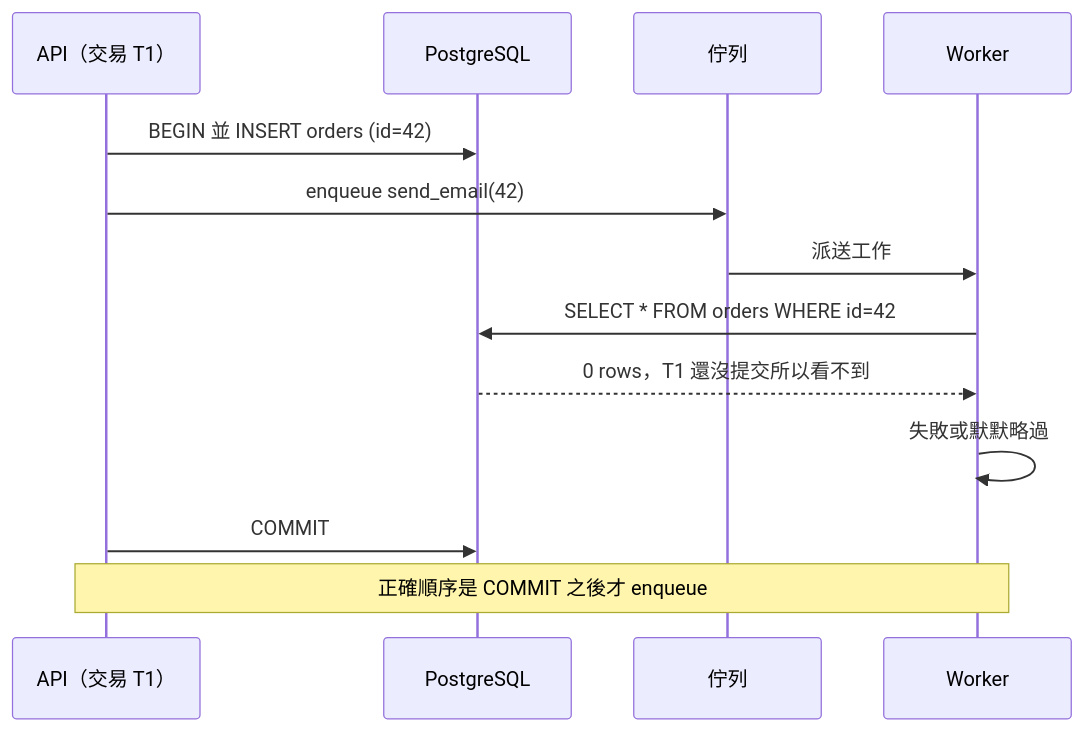
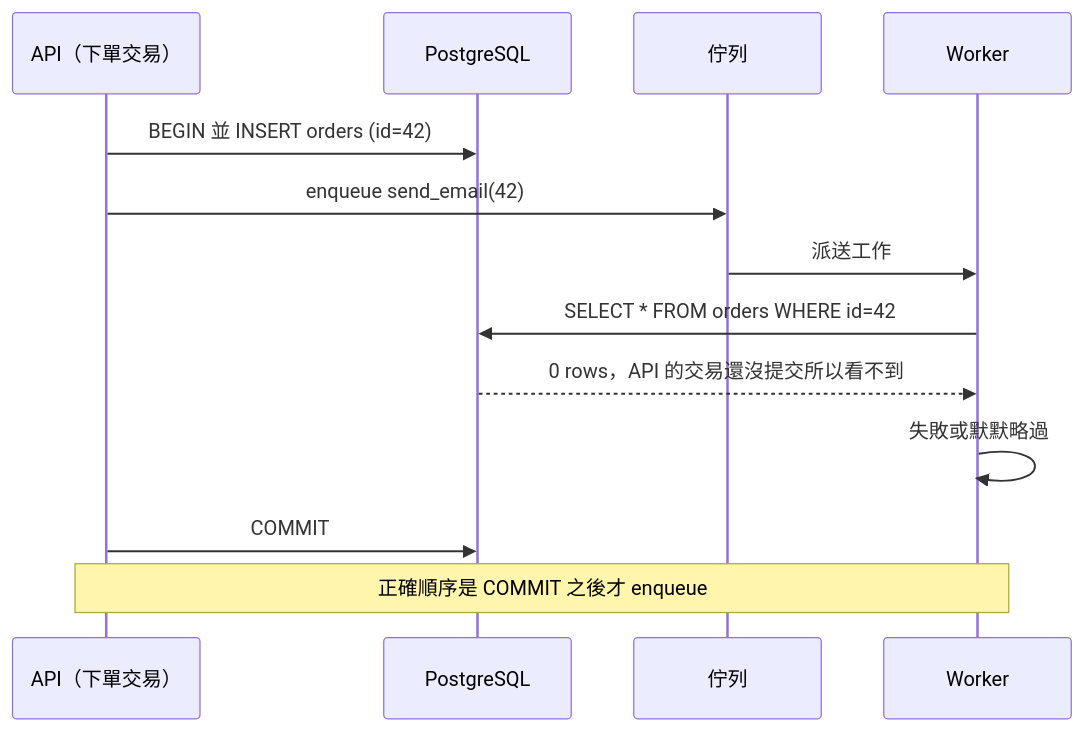
The seventh of 8 diagrams in docs/37-背景工作者.md (TLOGBen/BackendBook), drawn with Mermaid before and after one commit. The commit also changed other lines of this file and 125 other files, not shown here.

First line of the commit message:
新人教材：擴充到 59 篇，每篇加上互動主圖、核心理念與閱讀前知識

````diff
--- a/docs/37-背景工作者.md
+++ b/docs/37-背景工作者.md
@@ -179,15 +252,15 @@
 ```mermaid
 sequenceDiagram
-    participant API as API（交易 T1）
+    participant API as API（下單交易）
     participant DB as PostgreSQL
     participant Q as 佇列
     participant W as Worker
     API->>DB: BEGIN 並 INSERT orders (id=42)
     API->>Q: enqueue send_email(42)
     Q->>W: 派送工作
     W->>DB: SELECT * FROM orders WHERE id=42
-    DB-->>W: 0 rows，T1 還沒提交所以看不到
+    DB-->>W: 0 rows，API 的交易還沒提交所以看不到
     W->>W: 失敗或默默略過
     API->>DB: COMMIT
     Note over API,W: 正確順序是 COMMIT 之後才 enqueue
 ```
````
